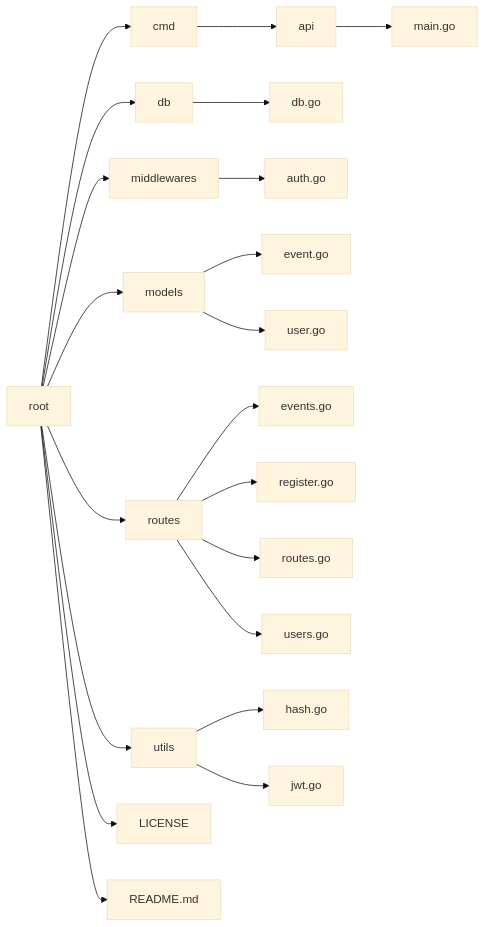
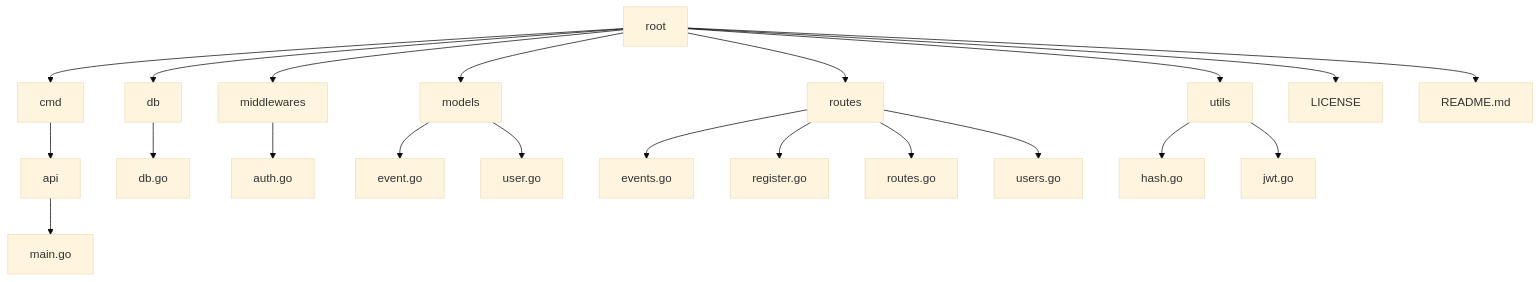
The diagram in README.md (mmclinton/events-rest-api), drawn with Mermaid (base theme) before and after one commit. The commit also changed other lines of this file and 4 other files, not shown here.

````diff
--- a/README.md
+++ b/README.md
@@ -7,24 +8,24 @@
 ```mermaid
-graph LR;
+graph TD;
     root[root]
     root --> cmd
     root --> db
     root --> middlewares
     root --> models
     root --> routes
     root --> utils
     root --> LICENSE
     root --> README.md
     cmd --> api
     api --> main.go
     db --> db.go
     middlewares --> auth.go
     models --> event.go
     models --> user.go
     routes --> events.go
     routes --> register.go
     routes --> routes.go
     routes --> users.go
     utils --> hash.go
     utils --> jwt.go
 ```
````
